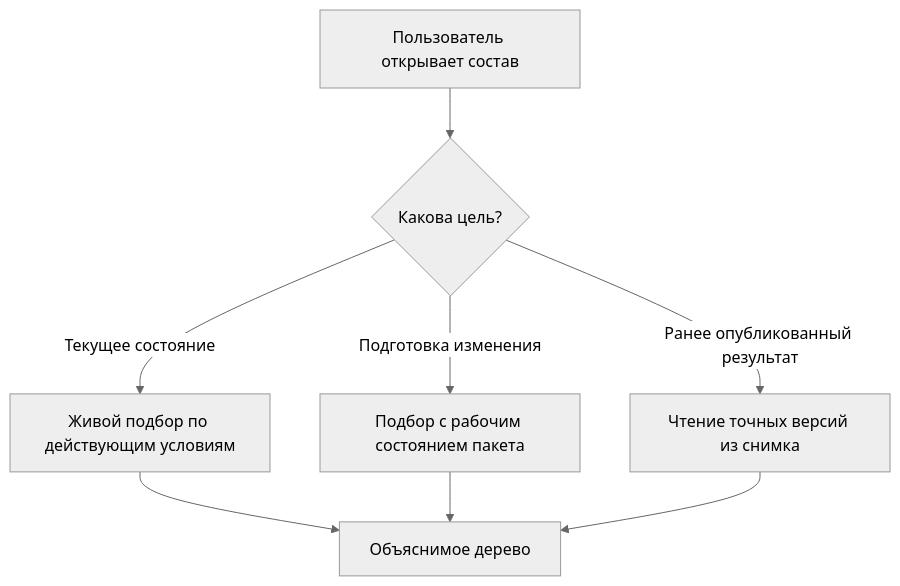
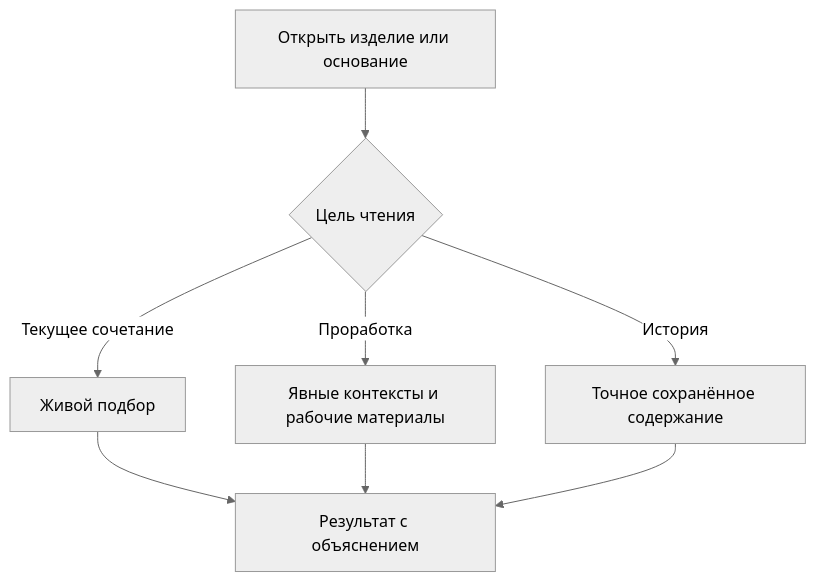
One commit to ZelAnton/Interlink-product-book changed the first of 2 diagrams in wiki/Selection-user-work.md. Above: the diagram before and after it, drawn with Mermaid (neutral theme). The commit also changed other lines of this file and 231 other files, not shown here.

````diff
--- a/wiki/Selection-user-work.md
+++ b/wiki/Selection-user-work.md
@@ -35,10 +31,10 @@
 ```mermaid
 flowchart TD
-    A["Пользователь открывает состав"] --> B{"Какова цель?"}
-    B -->|"Текущее состояние"| C["Живой подбор по действующим условиям"]
-    B -->|"Подготовка изменения"| D["Подбор с рабочим состоянием пакета"]
-    B -->|"Ранее опубликованный результат"| E["Чтение точных версий из снимка"]
-    C --> F["Объяснимое дерево"]
+    A["Открыть изделие или основание"] --> B{"Цель чтения"}
+    B -->|"Текущее сочетание"| C["Живой подбор"]
+    B -->|"Проработка"| D["Явные контексты и рабочие материалы"]
+    B -->|"История"| E["Точное сохранённое содержание"]
+    C --> F["Результат с объяснением"]
     D --> F
     E --> F
 ```
````
